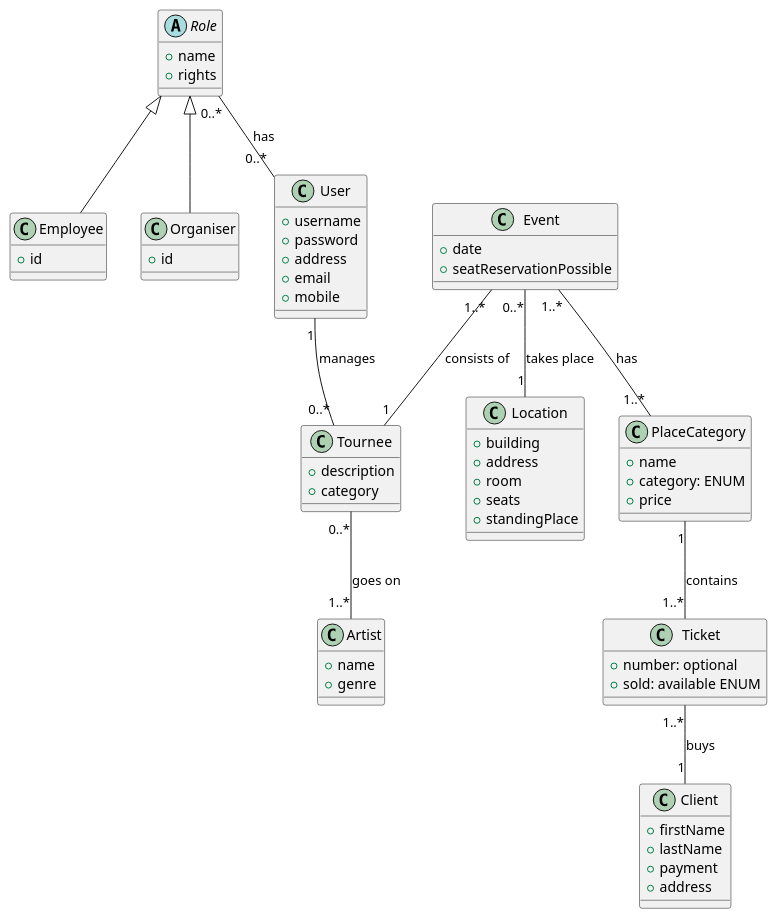
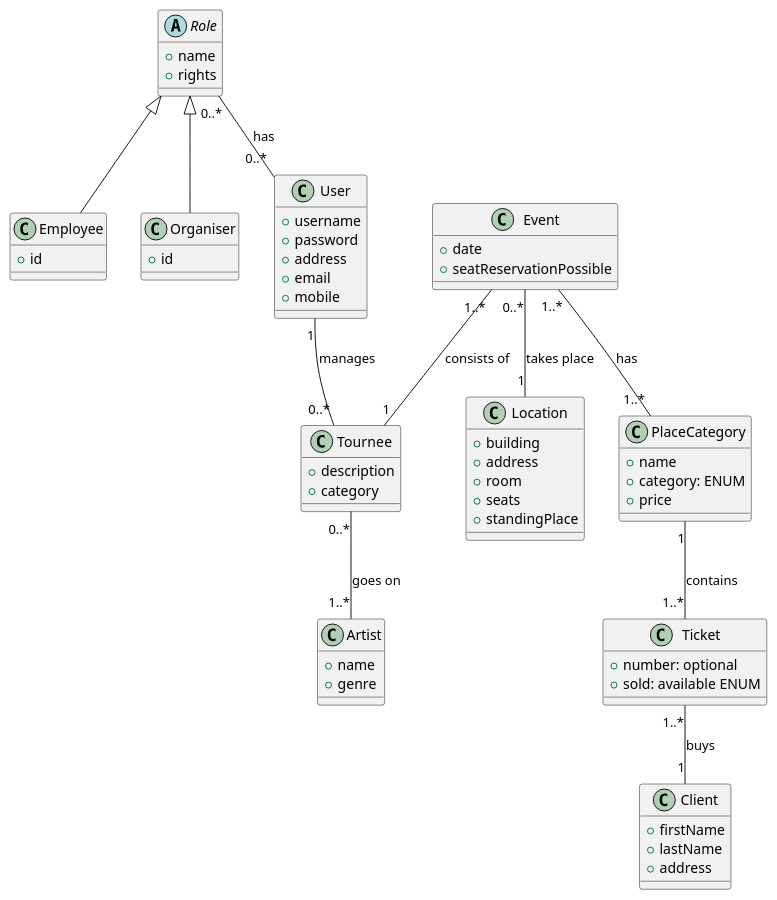
One commit to lukasbals/itb5-culture-tickets changed the diagram in DomainModel.puml. Above: the diagram before and after it, drawn with PlantUML. The commit also changed 2 other files, not shown here.

```diff
--- a/DomainModel.puml
+++ b/DomainModel.puml
@@ -1,84 +1,83 @@
 @startuml
 
 abstract class Role{
 + name
 + rights
 }
 
 
 class Employee{
 + id
 }
 
 class Organiser{
 + id
 }
 
 
 class User{
 + username
 + password
 + address
 + email
 + mobile
 }
 
 
 class Event{
 + date
 + seatReservationPossible
 }
 
 
 class Location{
 + building
 + address
 + room
 + seats
 + standingPlace
 }
 
 
 class Tournee{
 + description
 + category
 }
 
 
 class PlaceCategory{
 + name
 + category: ENUM
 + price
 }
 
 class Ticket{
 + number: optional
 + sold: available ENUM
 }
 
 
 class Client{
 + firstName
 + lastName
-+ payment
 + address
 }
 
 
 class Artist{
 + name
 + genre
 }
 
 Role <|-- Employee
 Role <|-- Organiser
 Role "0..*" -- "0..*" User: has
 User "1" -- "0..*" Tournee: manages
 Event "1..*" -- "1" Tournee: consists of
 Event "0..*" -- "1"  Location: takes place
 Event "1..*" -- "1..*" PlaceCategory: has
 Tournee "0..*" -- "1..*" Artist: goes on
 PlaceCategory "1" -- "1..*" Ticket: contains
 Ticket "1..*" -- "1" Client: buys
 
 @enduml
```
